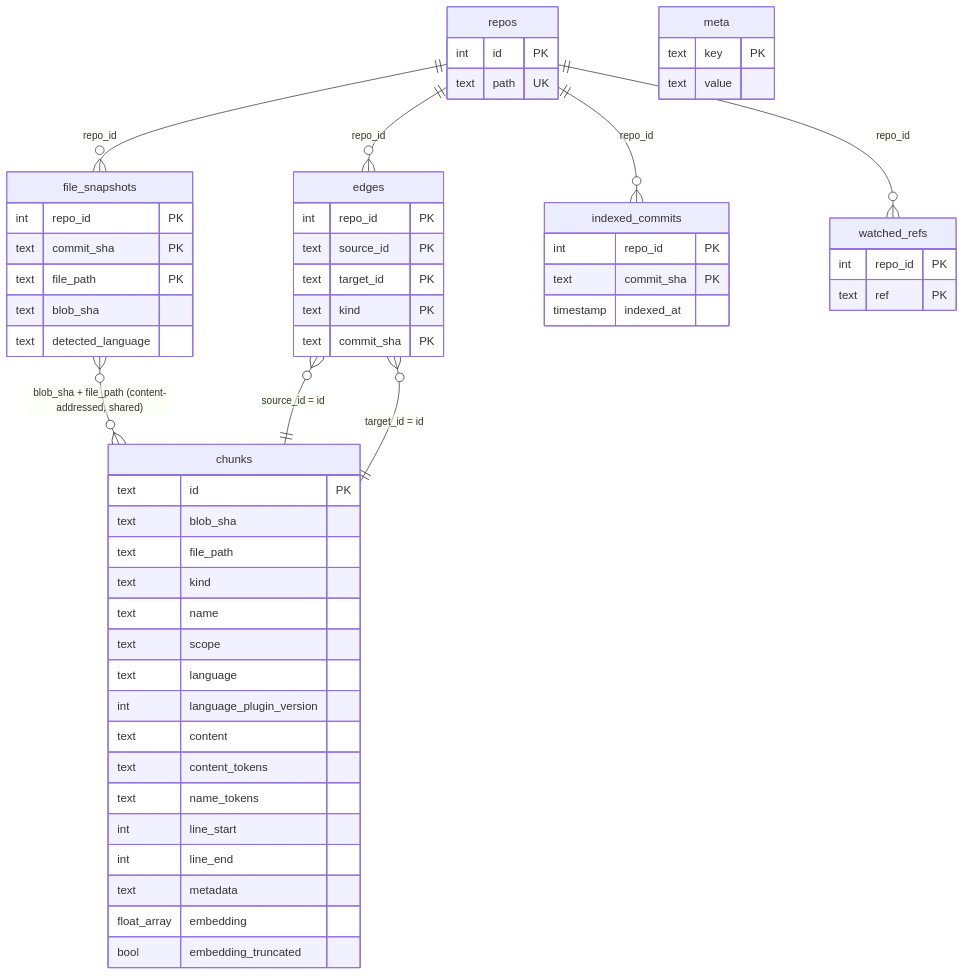
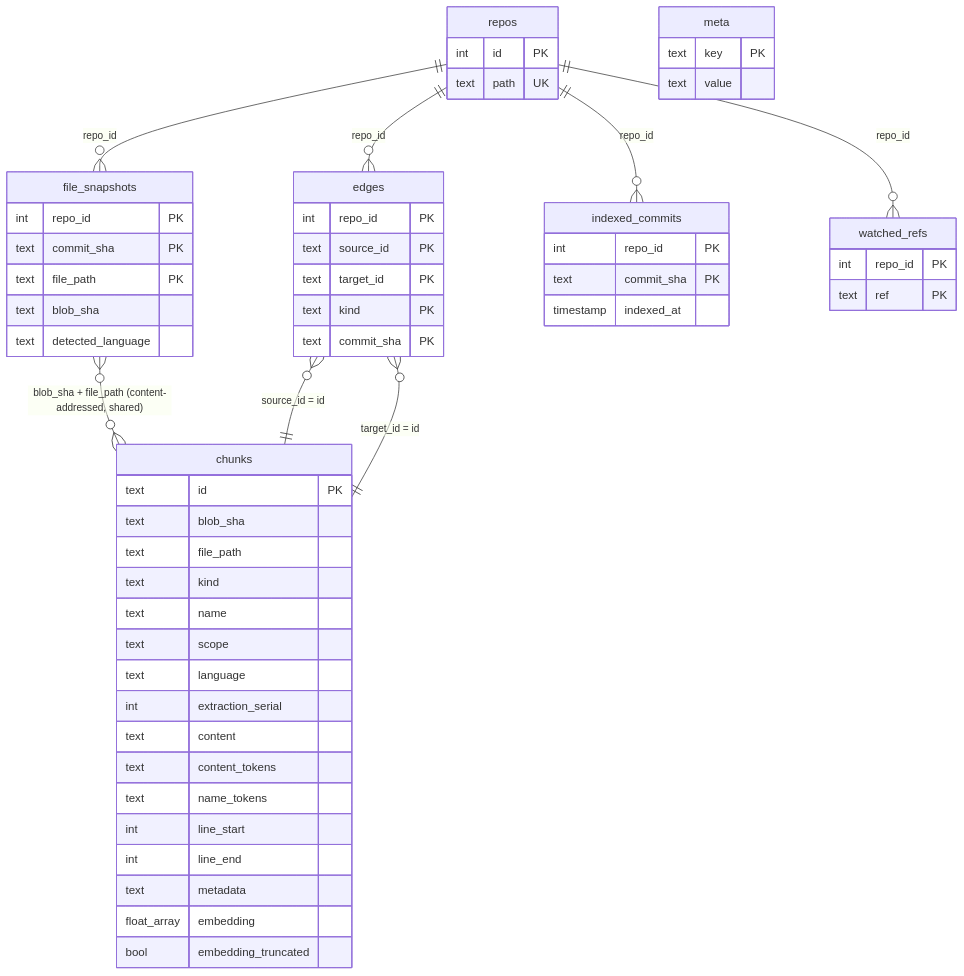
The fourth of 5 diagrams in packages/rbtr/ARCHITECTURE.md (janrito/rbtr), drawn with Mermaid before and after one commit. The commit also changed other lines of this file and 39 other files, not shown here.

First line of the commit message:
Rename the extraction cache-invalidation stamp to extraction_serial

````diff
--- a/packages/rbtr/ARCHITECTURE.md
+++ b/packages/rbtr/ARCHITECTURE.md
@@ -226,61 +226,61 @@
 ```mermaid
 erDiagram
     repos ||--o{ file_snapshots : "repo_id"
     repos ||--o{ edges : "repo_id"
     repos ||--o{ indexed_commits : "repo_id"
     repos ||--o{ watched_refs : "repo_id"
 
     file_snapshots }o--o{ chunks : "blob_sha + file_path (content-addressed, shared)"
     edges }o--|| chunks : "source_id = id"
     edges }o--|| chunks : "target_id = id"
 
     repos {
         int id PK
         text path UK
     }
     file_snapshots {
         int repo_id PK
         text commit_sha PK
         text file_path PK
         text blob_sha
         text detected_language
     }
     chunks {
         text id PK
         text blob_sha
         text file_path
         text kind
         text name
         text scope
         text language
-        int language_plugin_version
+        int extraction_serial
         text content
         text content_tokens
         text name_tokens
         int line_start
         int line_end
         text metadata
         float_array embedding
         bool embedding_truncated
     }
     edges {
         int repo_id PK
         text source_id PK
         text target_id PK
         text kind PK
         text commit_sha PK
     }
     indexed_commits {
         int repo_id PK
         text commit_sha PK
         timestamp indexed_at
     }
     watched_refs {
         int repo_id PK
         text ref PK
     }
     meta {
         text key PK
         text value
     }
 ```
````
